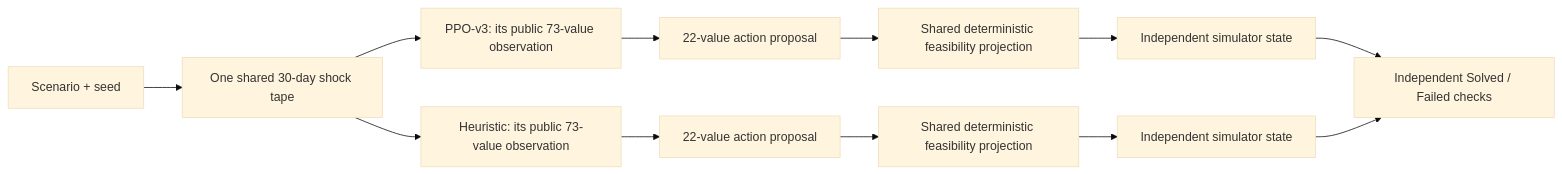
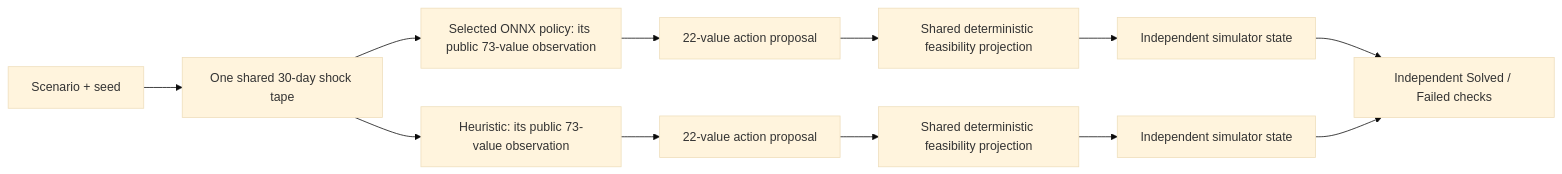
The diagram in README.md (Mratter/ExpoChallenge_AlirezaBagheri), drawn with Mermaid (base theme) before and after one commit. The commit also changed other lines of this file and 8 other files, not shown here.

````diff
--- a/README.md
+++ b/README.md
@@ -153,14 +154,14 @@
 ```mermaid
 flowchart LR
     S["Scenario + seed"] --> T["One shared 30-day shock tape"]
-    T --> O1["PPO-v3: its public 73-value observation"]
+    T --> O1["Selected ONNX policy: its public 73-value observation"]
     T --> O2["Heuristic: its public 73-value observation"]
     O1 --> A1["22-value action proposal"]
     O2 --> A2["22-value action proposal"]
     A1 --> P1["Shared deterministic feasibility projection"]
     A2 --> P2["Shared deterministic feasibility projection"]
     P1 --> E1["Independent simulator state"]
     P2 --> E2["Independent simulator state"]
     E1 --> R["Independent Solved / Failed checks"]
     E2 --> R
 ```
````
